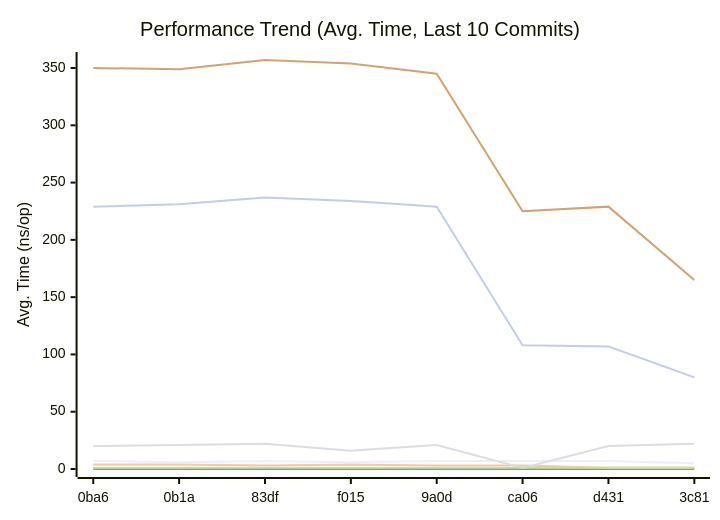
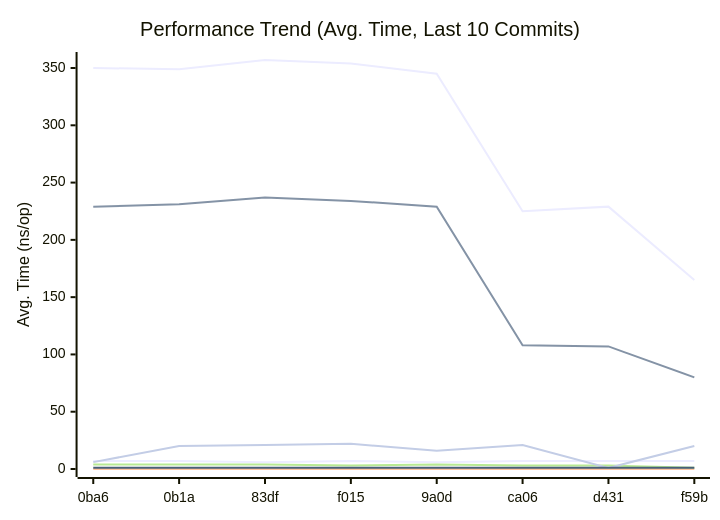
The first of 3 diagrams in docs/README.md (alsotoes/momo), drawn with Mermaid before and after one commit. The commit also changed other lines of this file and 3 other files, not shown here.

````diff
--- a/docs/README.md
+++ b/docs/README.md
@@ -188,14 +189,19 @@
 ```mermaid
 xychart-beta
     title "Performance Trend (Avg. Time, Last 10 Commits)"
     x-axis "Commit"
     y-axis "Avg. Time (ns/op)"
-    x-axis [0ba6,0b1a,83df,f015,9a0d,ca06,d431,3c81]
-    line "CheckMetricsAndSwap" [7,6,7,6,7,7,7,5,5,5]
+    x-axis [0ba6,0b1a,83df,f015,9a0d,ca06,d431,f59b]
+    line "CheckMetricsAndSwap" [7,7,6,7,6,7,7,7,5,5]
+    line "CheckMetricsAndSwap" [6]
     line "IndexDirectTracking" [0,0,0,0,0,0,0,0,0,0]
-    line "IndexSearch" [4,4,3,4,3,3,1,1,1,1]
-    line "LoadGlobalConfig" [20,21,22,16,21,1,20,22,1,2]
+    line "IndexDirectTracking" [0]
+    line "IndexSearch" [4,4,4,3,4,3,3,1,1,1]
+    line "IndexSearch" [1]
+    line "LoadGlobalConfig" [6,20,21,22,16,21,1,20,22,1]
+    line "LoadGlobalConfig" [23]
     line "PadString" [1,1,1,1,1,1,1,1,1,1]
+    line "PadString" [2]
     line "ParseReplicationOrder_NoPrealloc" [350,349,357,354,345,225,229,165,232,234]
     line "ParseReplicationOrder_Prealloc" [229,231,237,234,229,108,107,80,110,109]
 ```
````
